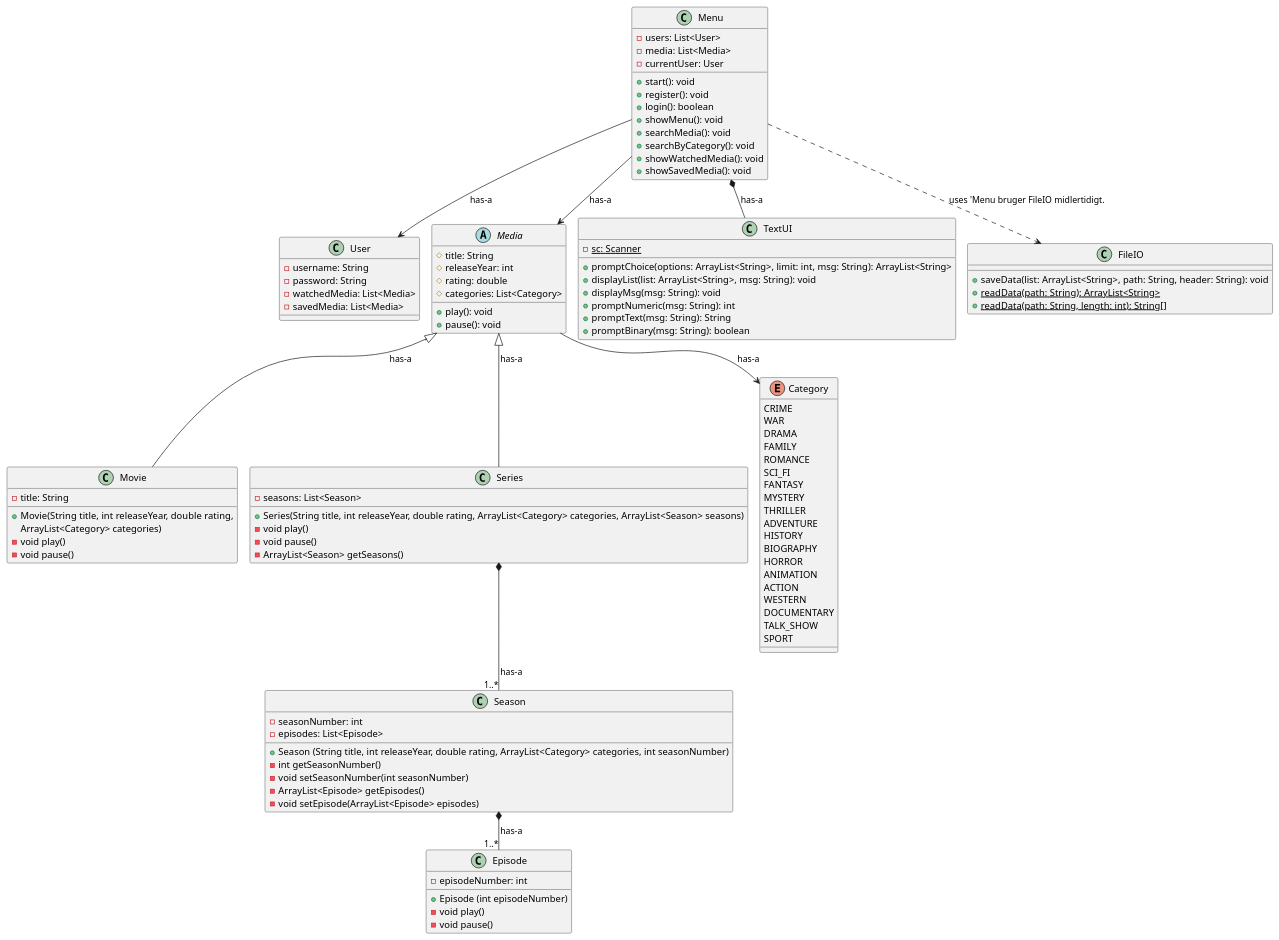
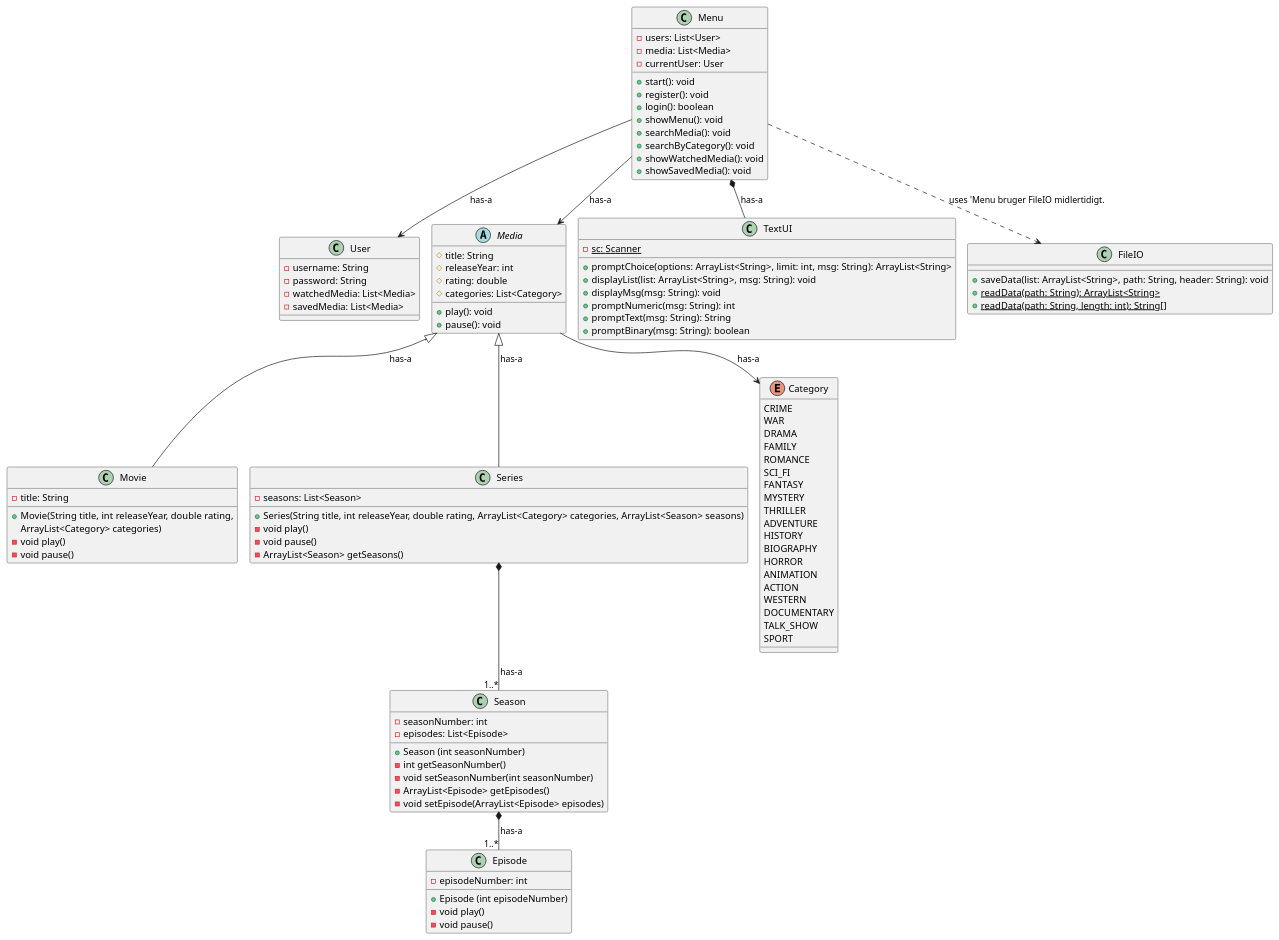
The diagram in doc/static/Klassediagram3.puml (daud0095/DAT-1.-semester---SP3-en-streamingtjeneste), drawn with PlantUML before and after one commit.

Commit message:
Movie og media ændret

```diff
--- a/doc/static/Klassediagram3.puml
+++ b/doc/static/Klassediagram3.puml
@@ -1,131 +1,131 @@
 @startuml
 !pragma layout smetana
 
 class User {
   - username: String
   - password: String
   - watchedMedia: List<Media>
   - savedMedia: List<Media>
 }
 
 abstract class Media {
   # title: String
   # releaseYear: int
   # rating: double
   # categories: List<Category>
   + play(): void
   + pause(): void
 }
 
 class Movie {
   - title: String
 + Movie(String title, int releaseYear, double rating,
                            ArrayList<Category> categories)
   'Methods
   - void play()
   - void pause()
 
 }
 
 class Series {
   - seasons: List<Season>
   'Constructor
   + Series(String title, int releaseYear, double rating, ArrayList<Category> categories, ArrayList<Season> seasons)
   'Methods
   - void play()
   - void pause()
   - ArrayList<Season> getSeasons()
 }
 
 class Season {
   - seasonNumber: int
   - episodes: List<Episode>
  'Contructor
- + Season (String title, int releaseYear, double rating, ArrayList<Category> categories, int seasonNumber)
+ + Season (int seasonNumber)
    'Methods
    - int getSeasonNumber()
    - void setSeasonNumber(int seasonNumber)
    - ArrayList<Episode> getEpisodes()
    - void setEpisode(ArrayList<Episode> episodes)
 
 }
 
 class Episode {
   - episodeNumber: int
 'Contructor
 + Episode (int episodeNumber)
 'Methods
   - void play()
   - void pause()
 }
 
 enum Category {
   CRIME
   WAR
   DRAMA
   FAMILY
   ROMANCE
   SCI_FI
   FANTASY
   MYSTERY
   THRILLER
   ADVENTURE
   HISTORY
   BIOGRAPHY
   HORROR
   ANIMATION
   ACTION
   WESTERN
   DOCUMENTARY
   TALK_SHOW
   SPORT
 }
 
 class Menu {
   - users: List<User>
   - media: List<Media>
   - currentUser: User
   + start(): void
   + register(): void
   + login(): boolean
   + showMenu(): void
   + searchMedia(): void
   + searchByCategory(): void
   + showWatchedMedia(): void
   + showSavedMedia(): void
 }
 
 class TextUI {
   - sc: Scanner {static}
   + promptChoice(options: ArrayList<String>, limit: int, msg: String): ArrayList<String>
   + displayList(list: ArrayList<String>, msg: String): void
   + displayMsg(msg: String): void
   + promptNumeric(msg: String): int
   + promptText(msg: String): String
   + promptBinary(msg: String): boolean
 }
 
 class FileIO {
   + saveData(list: ArrayList<String>, path: String, header: String): void
   + readData(path: String): ArrayList<String> {static}
   + readData(path: String, length: int): String[] {static}
 }
 
 ' Arv
 Media <|-- Movie : has-a
 Media <|-- Series : has-a
 
 ' Komposition
 Menu *-- TextUI : has-a
 Series *-- "1..*" Season : has-a
 Season *-- "1..*" Episode : has-a
 
 ' Association
 Menu --> User : has-a
 Menu --> Media : has-a
 Media --> Category : has-a
 
 ' Dependency
 Menu ..> FileIO : uses 'Menu bruger FileIO midlertidigt.
 
 @enduml
```
